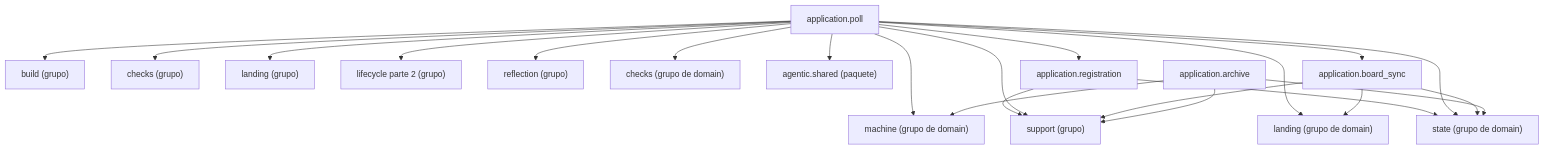
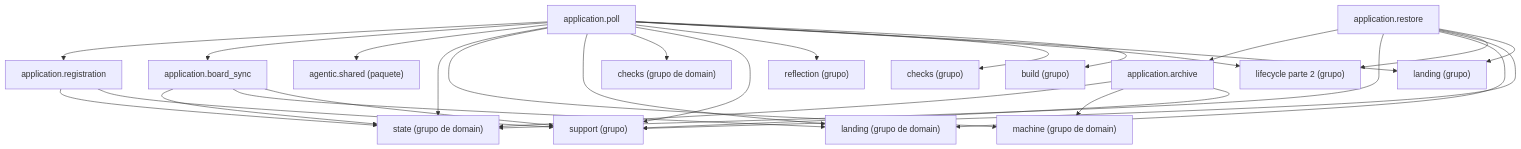
The diagram in docs/architecture/generated/packages-process-application-lifecycle-1.md (GonzaloZevallos/agentic-system), drawn with Mermaid before and after one commit. The commit also changed 16 other files, not shown here.

````diff
--- a/docs/architecture/generated/packages-process-application-lifecycle-1.md
+++ b/docs/architecture/generated/packages-process-application-lifecycle-1.md
@@ -16,39 +16,46 @@
 ```mermaid
 graph TD
     g_application__build["build (grupo)"]
     g_application__checks["checks (grupo)"]
     g_application__landing["landing (grupo)"]
     g_application__lifecycle__2["lifecycle parte 2 (grupo)"]
     g_application__reflection["reflection (grupo)"]
     g_application__support["support (grupo)"]
     g_domain__checks["checks (grupo de domain)"]
     g_domain__landing["landing (grupo de domain)"]
     g_domain__machine["machine (grupo de domain)"]
     g_domain__state["state (grupo de domain)"]
     g_pkg__agentic__shared["agentic.shared (paquete)"]
     m_application__archive["application.archive"]
     m_application__board_sync["application.board_sync"]
     m_application__poll["application.poll"]
     m_application__registration["application.registration"]
+    m_application__restore["application.restore"]
     m_application__archive --> g_application__support
     m_application__archive --> g_domain__machine
     m_application__archive --> g_domain__state
     m_application__board_sync --> g_application__support
     m_application__board_sync --> g_domain__landing
     m_application__board_sync --> g_domain__state
     m_application__poll --> g_application__build
     m_application__poll --> g_application__checks
     m_application__poll --> g_application__landing
     m_application__poll --> g_application__lifecycle__2
     m_application__poll --> g_application__reflection
     m_application__poll --> g_application__support
     m_application__poll --> g_domain__checks
     m_application__poll --> g_domain__landing
     m_application__poll --> g_domain__machine
     m_application__poll --> g_domain__state
     m_application__poll --> g_pkg__agentic__shared
     m_application__poll --> m_application__board_sync
     m_application__poll --> m_application__registration
     m_application__registration --> g_application__support
     m_application__registration --> g_domain__state
+    m_application__restore --> g_application__landing
+    m_application__restore --> g_application__lifecycle__2
+    m_application__restore --> g_application__support
+    m_application__restore --> g_domain__landing
+    m_application__restore --> g_domain__state
+    m_application__restore --> m_application__archive
 ```
````
